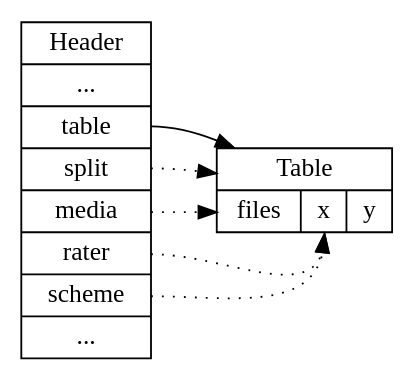
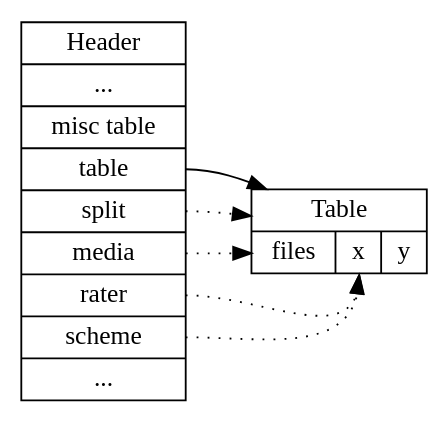
One commit to audeering/audformat changed the diagram in docs/pics/audformat-table.dot. Above: the diagram before and after it, drawn with Graphviz. The commit also changed 2 other files, not shown here.

```diff
--- a/docs/pics/audformat-table.dot
+++ b/docs/pics/audformat-table.dot
@@ -1,15 +1,15 @@
 digraph structs {
 
     rankdir=LR
     node[shape=record]
 
-    header [label="Header | ... | <table> table | <split> split | <media> media | <rater> rater | <scheme> scheme | ... "]
+    header [label="Header | ... | <misctable> misc table | <table> table | <split> split | <media> media | <rater> rater | <scheme> scheme | ... "]
     table [label="Table | { <files> files | <column> x | y }"]
 
     header:split -> table [style="dotted"]
     header:media -> table:files [style="dotted"]
     header:rater -> table:column [style="dotted"]
     header:scheme -> table:column [style="dotted"]
     header:table -> table
 
 }
```
